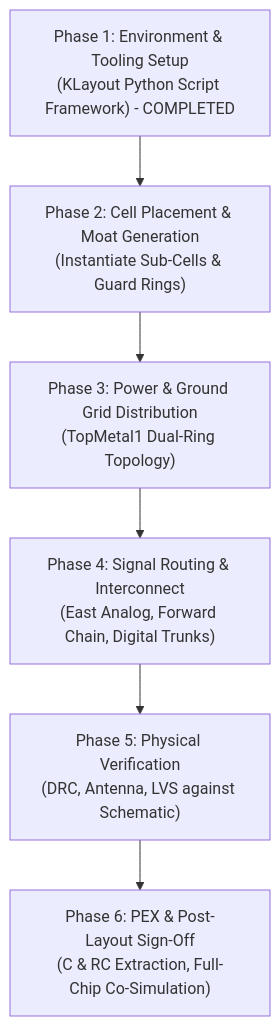
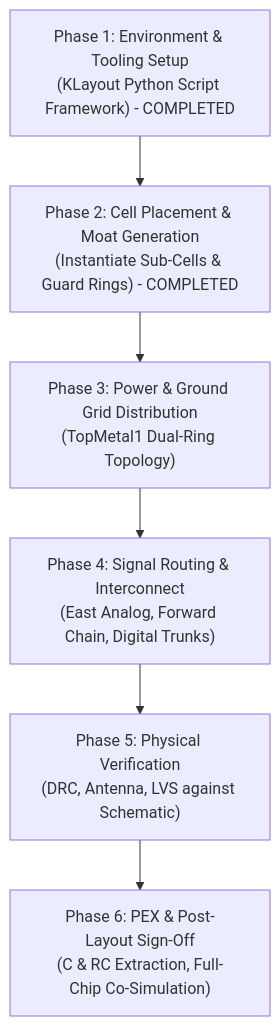
One commit to orpheus016/sg13cmos5l_spma_ip__instramp changed the diagram in gds/pgia_top/layout_implementation_plan.md. Above: the diagram before and after it, drawn with Mermaid. The commit also changed other lines of this file and 3 other files, not shown here.

Commit message:
feat: implement sub-cell placement & isolation moat generation

````diff
--- a/gds/pgia_top/layout_implementation_plan.md
+++ b/gds/pgia_top/layout_implementation_plan.md
@@ -81,8 +81,8 @@
 ```mermaid
 graph TD
-    P1["Phase 1: Environment & Tooling Setup<br/>(KLayout Python Script Framework) - COMPLETED"] --> P2["Phase 2: Cell Placement & Moat Generation<br/>(Instantiate Sub-Cells & Guard Rings)"]
+    P1["Phase 1: Environment & Tooling Setup<br/>(KLayout Python Script Framework) - COMPLETED"] --> P2["Phase 2: Cell Placement & Moat Generation<br/>(Instantiate Sub-Cells & Guard Rings) - COMPLETED"]
     P2 --> P3["Phase 3: Power & Ground Grid Distribution<br/>(TopMetal1 Dual-Ring Topology)"]
     P3 --> P4["Phase 4: Signal Routing & Interconnect<br/>(East Analog, Forward Chain, Digital Trunks)"]
     P4 --> P5["Phase 5: Physical Verification<br/>(DRC, Antenna, LVS against Schematic)"]
     P5 --> P6["Phase 6: PEX & Post-Layout Sign-Off<br/>(C & RC Extraction, Full-Chip Co-Simulation)"]
 ```
````
